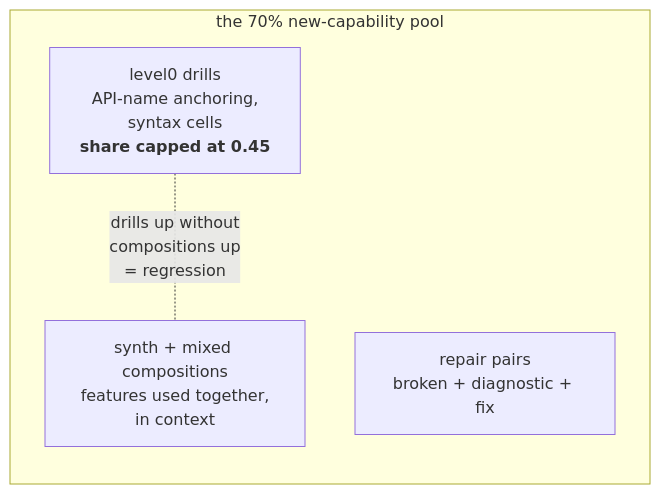
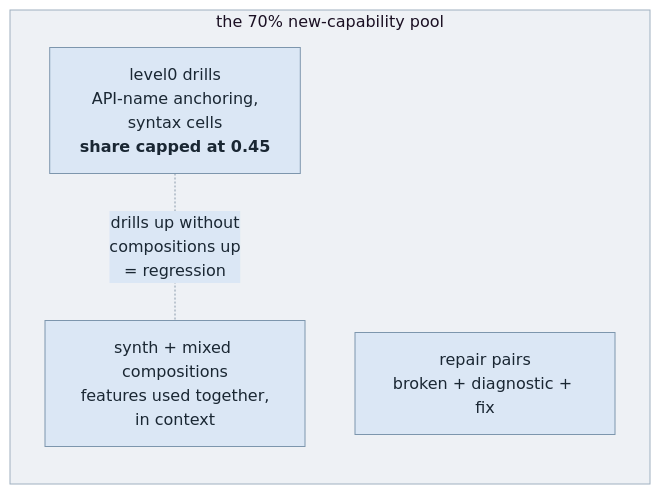
The third of 5 diagrams in docs/architecture.md (storax-io/storax-ai-train-rocm), drawn with Mermaid before and after one commit. The commit also changed other lines of this file, not shown here.

Commit message:
theme all mermaid diagrams for light+dark: text always on filled light surfaces, page-level text mid-gray with label backgrounds — robust beyond GitHub's auto-theming

````diff
--- a/docs/architecture.md
+++ b/docs/architecture.md
@@ -95,9 +97,10 @@
 ```mermaid
+%%{init: {"theme":"base","themeVariables":{"primaryColor":"#dbe7f5","primaryTextColor":"#1a2733","primaryBorderColor":"#7d96ad","secondaryColor":"#efe6d8","tertiaryColor":"#e4efdc","lineColor":"#8899aa","textColor":"#8895a3","clusterBkg":"#eef1f5","clusterBorder":"#9fb0c0","edgeLabelBackground":"#dbe7f5"}}}%%
 flowchart LR
     subgraph NEW[the 70% new-capability pool]
         D[level0 drills<br/>API-name anchoring,<br/>syntax cells<br/><b>share capped at 0.45</b>]
         S[synth + mixed compositions<br/>features used together,<br/>in context]
         RP[repair pairs<br/>broken + diagnostic + fix]
     end
     D -. "drills up without<br/>compositions up<br/>= regression" .- S
 ```
````
